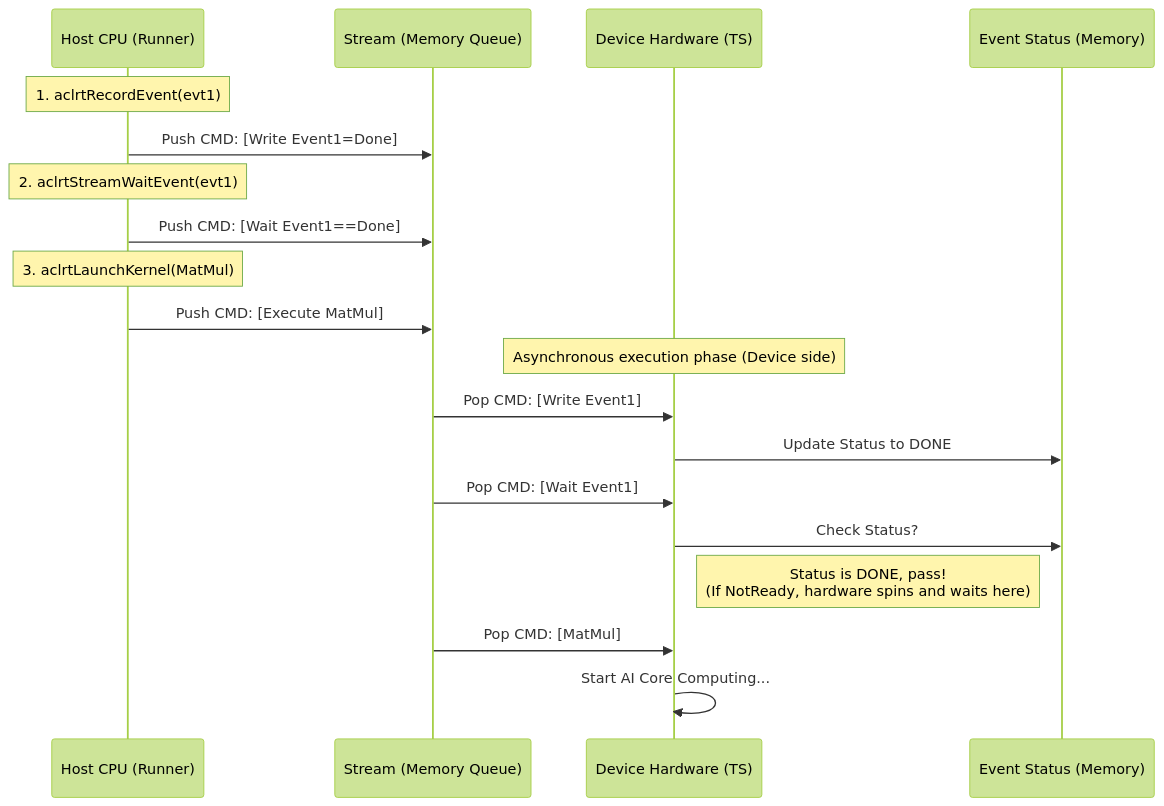
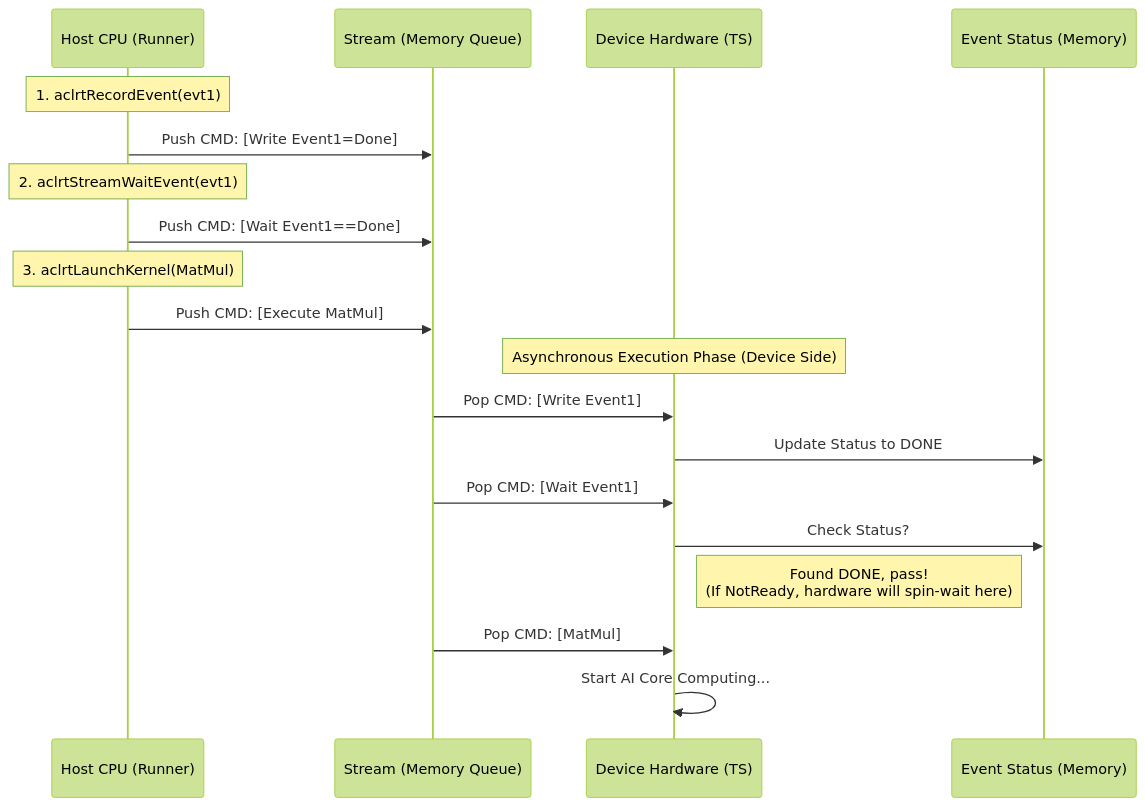
The first of 19 diagrams in test/hccl_vm/docs/simulator_runner_data_model_en.md (Fengfengst123/hcomm-mirror), drawn with Mermaid (forest theme) before and after one commit. The commit also changed other lines of this file and 701 other files, not shown here.

````diff
--- a/test/hccl_vm/docs/simulator_runner_data_model_en.md
+++ b/test/hccl_vm/docs/simulator_runner_data_model_en.md
@@ -7,28 +62,29 @@
 ```mermaid
+
 sequenceDiagram
     participant HostThread as Host CPU (Runner)
     participant StreamQueue as Stream (Memory Queue)
     participant DeviceScheduler as Device Hardware (TS)
     participant EventMem as Event Status (Memory)
 
     Note over HostThread: 1. aclrtRecordEvent(evt1)
     HostThread->>StreamQueue: Push CMD: [Write Event1=Done]
-  
+
     Note over HostThread: 2. aclrtStreamWaitEvent(evt1)
     HostThread->>StreamQueue: Push CMD: [Wait Event1==Done]
-  
+
     Note over HostThread: 3. aclrtLaunchKernel(MatMul)
     HostThread->>StreamQueue: Push CMD: [Execute MatMul]
-  
-    Note over DeviceScheduler: Asynchronous execution phase (Device side)
-  
+
+    Note over DeviceScheduler: Asynchronous Execution Phase (Device Side)
+
     StreamQueue->>DeviceScheduler: Pop CMD: [Write Event1]
     DeviceScheduler->>EventMem: Update Status to DONE
-  
+
     StreamQueue->>DeviceScheduler: Pop CMD: [Wait Event1]
     DeviceScheduler->>EventMem: Check Status?
-    Note right of DeviceScheduler: Status is DONE, pass!<br/>(If NotReady, hardware spins and waits here)
-  
+    Note right of DeviceScheduler: Found DONE, pass!<br/>(If NotReady, hardware will spin-wait here)
+
     StreamQueue->>DeviceScheduler: Pop CMD: [MatMul]
     DeviceScheduler->>DeviceScheduler: Start AI Core Computing...
 ```
````
